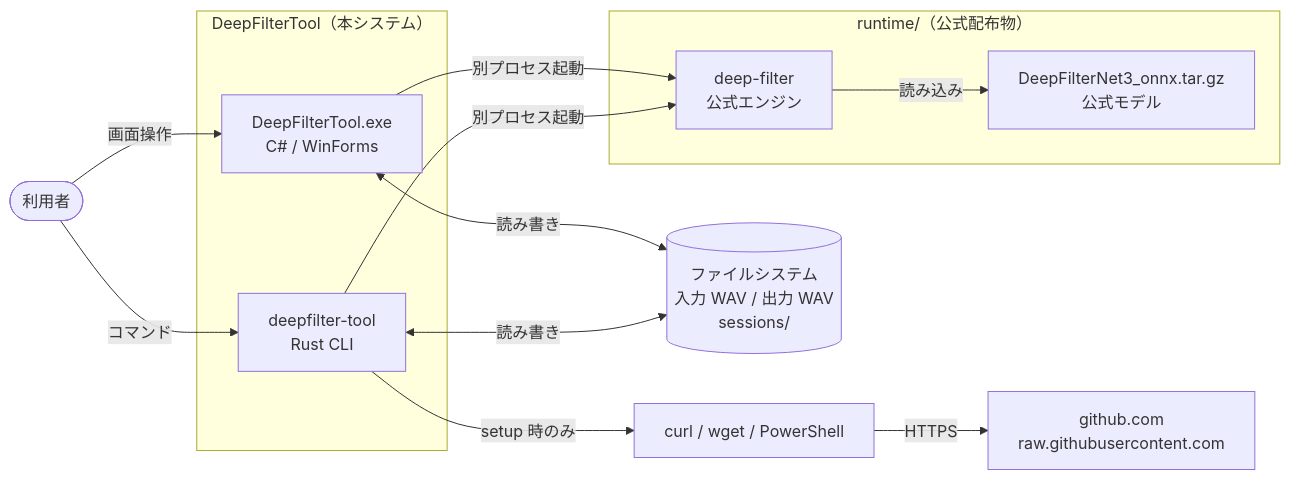
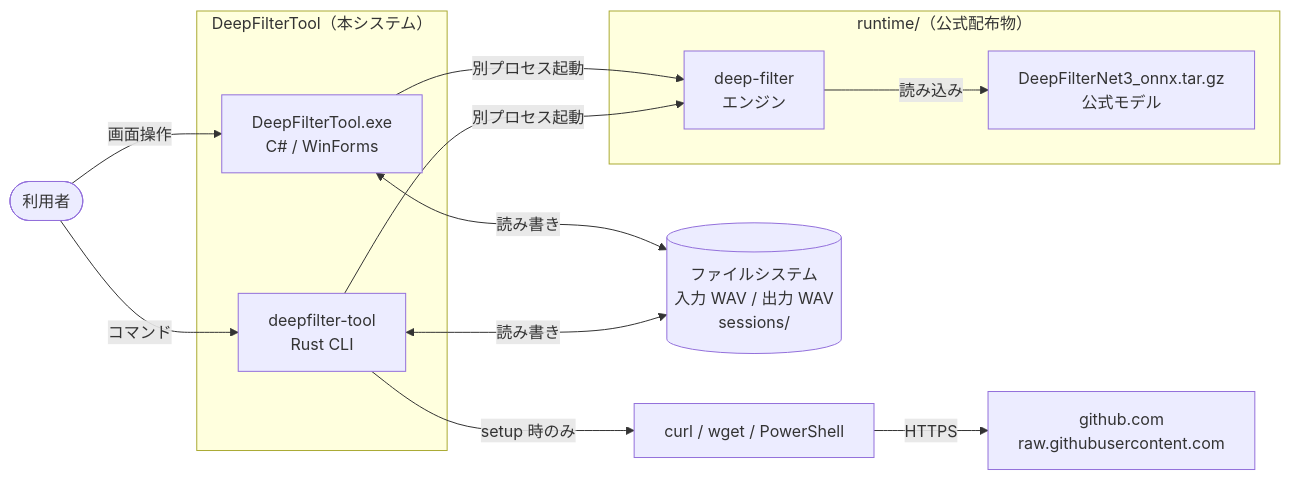
One commit to bit2zero/DeepFilterTool changed the first of 17 diagrams in docs/SPECIFICATION.md. Above: the diagram before and after it, drawn with Mermaid. The commit also changed other lines of this file, not shown here.

````diff
--- a/docs/SPECIFICATION.md
+++ b/docs/SPECIFICATION.md
@@ -64,28 +60,28 @@
 ```mermaid
 flowchart LR
     user(["利用者"])
 
     subgraph tool["DeepFilterTool（本システム）"]
         gui["DeepFilterTool.exe<br/>C# / WinForms"]
         cli["deepfilter-tool<br/>Rust CLI"]
     end
 
     subgraph runtime["runtime/（公式配布物）"]
-        engine["deep-filter<br/>公式エンジン"]
+        engine["deep-filter<br/>エンジン"]
         model["DeepFilterNet3_onnx.tar.gz<br/>公式モデル"]
     end
 
     fs[("ファイルシステム<br/>入力 WAV / 出力 WAV<br/>sessions/")]
     gh["github.com<br/>raw.githubusercontent.com"]
     dl["curl / wget / PowerShell"]
 
     user -->|画面操作| gui
     user -->|コマンド| cli
     gui -->|別プロセス起動| engine
     cli -->|別プロセス起動| engine
     engine -->|読み込み| model
     gui <-->|読み書き| fs
     cli <-->|読み書き| fs
     cli -->|"setup 時のみ"| dl
     dl -->|HTTPS| gh
 ```
````
